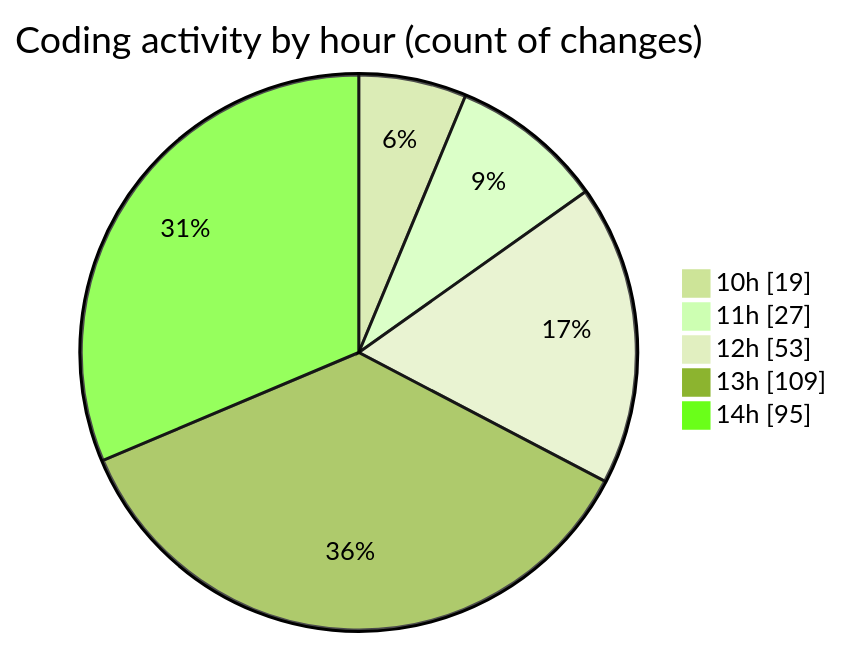
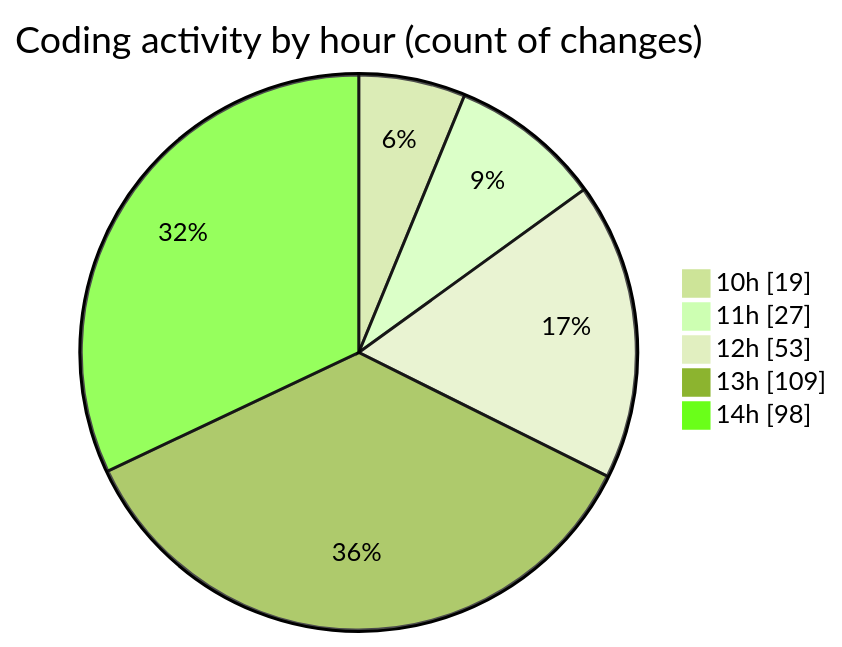
One commit to momahboobian/code-tracking changed the second of 2 diagrams in 2025-03-18/cda/README.md. Above: the diagram before and after it, drawn with Mermaid (forest theme). The commit also changed other lines of this file and 1 other file, not shown here.

````diff
--- a/2025-03-18/cda/README.md
+++ b/2025-03-18/cda/README.md
@@ -42,9 +42,9 @@
 ```mermaid
 pie showData
 title Coding activity by hour (count of changes)
 "10h" : 19
 "11h" : 27
 "12h" : 53
 "13h" : 109
-"14h" : 95
+"14h" : 98
 ```
````
